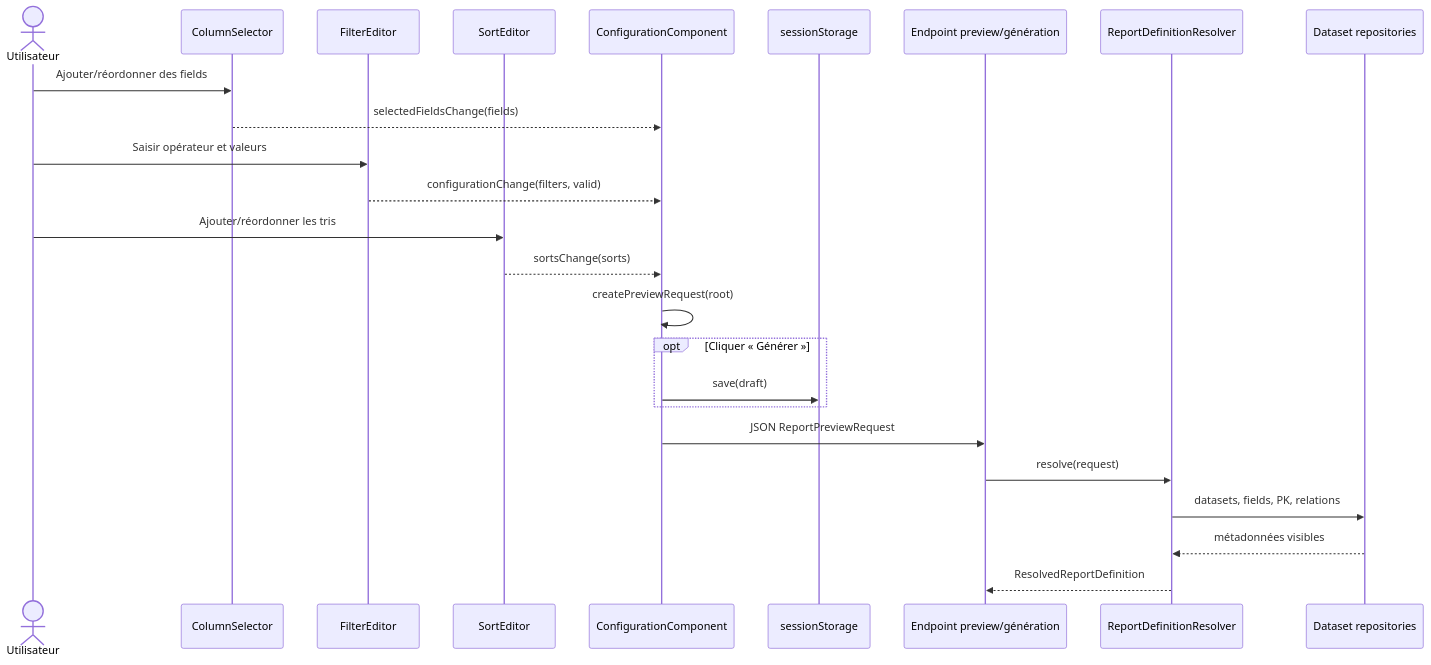
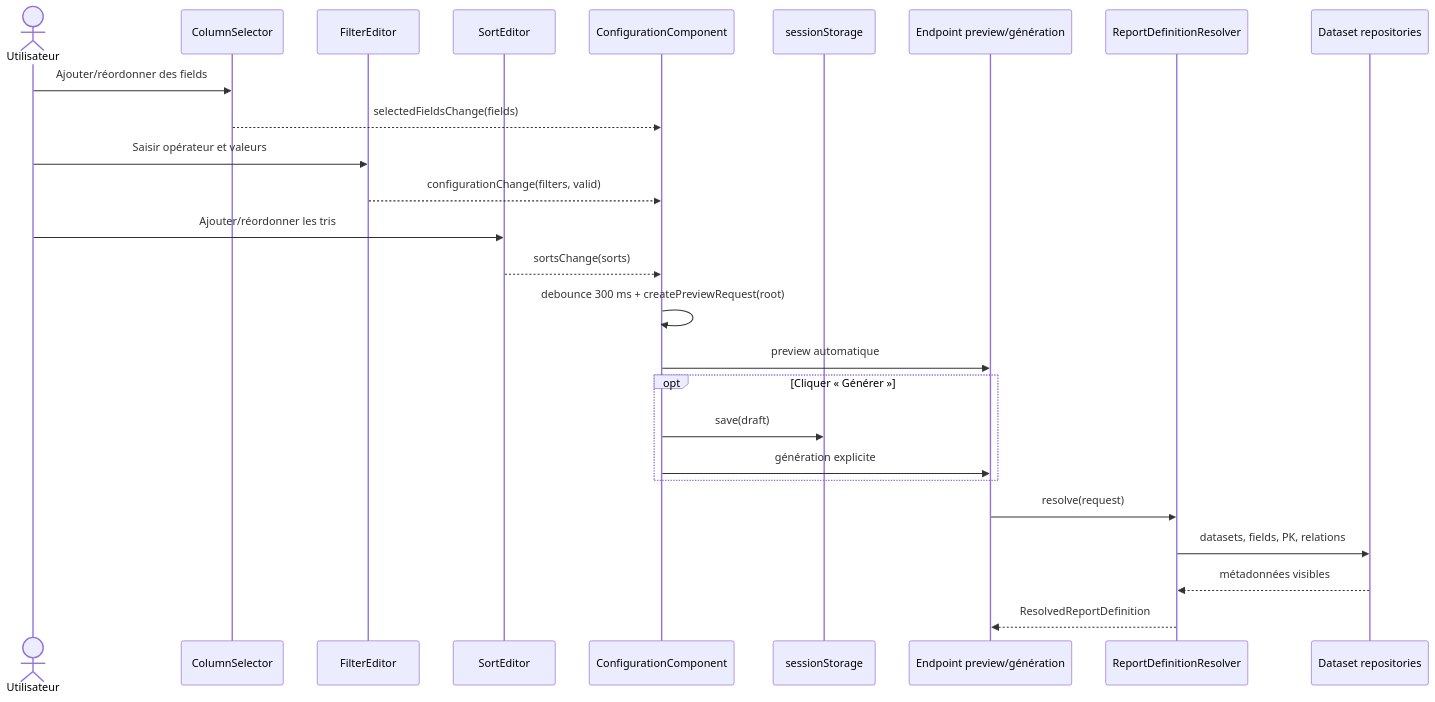
The diagram in RHIS/docs/flows/02-report-definition-fields-filters-sorts.md (ihebhkiri/REPORT_GENERATOR), drawn with Mermaid before and after one commit. The commit also changed other lines of this file and 188 other files, not shown here.

````diff
--- a/RHIS/docs/flows/02-report-definition-fields-filters-sorts.md
+++ b/RHIS/docs/flows/02-report-definition-fields-filters-sorts.md
@@ -155,28 +157,29 @@
 ```mermaid
 sequenceDiagram
     actor U as Utilisateur
     participant Col as ColumnSelector
     participant Fil as FilterEditor
     participant Sort as SortEditor
     participant C as ConfigurationComponent
     participant Store as sessionStorage
     participant API as Endpoint preview/génération
     participant R as ReportDefinitionResolver
     participant Repo as Dataset repositories
 
     U->>Col: Ajouter/réordonner des fields
     Col-->>C: selectedFieldsChange(fields)
     U->>Fil: Saisir opérateur et valeurs
     Fil-->>C: configurationChange(filters, valid)
     U->>Sort: Ajouter/réordonner les tris
     Sort-->>C: sortsChange(sorts)
-    C->>C: createPreviewRequest(root)
+    C->>C: debounce 300 ms + createPreviewRequest(root)
+    C->>API: preview automatique
     opt Cliquer « Générer »
         C->>Store: save(draft)
+        C->>API: génération explicite
     end
-    C->>API: JSON ReportPreviewRequest
     API->>R: resolve(request)
     R->>Repo: datasets, fields, PK, relations
     Repo-->>R: métadonnées visibles
     R-->>API: ResolvedReportDefinition
 ```
````
